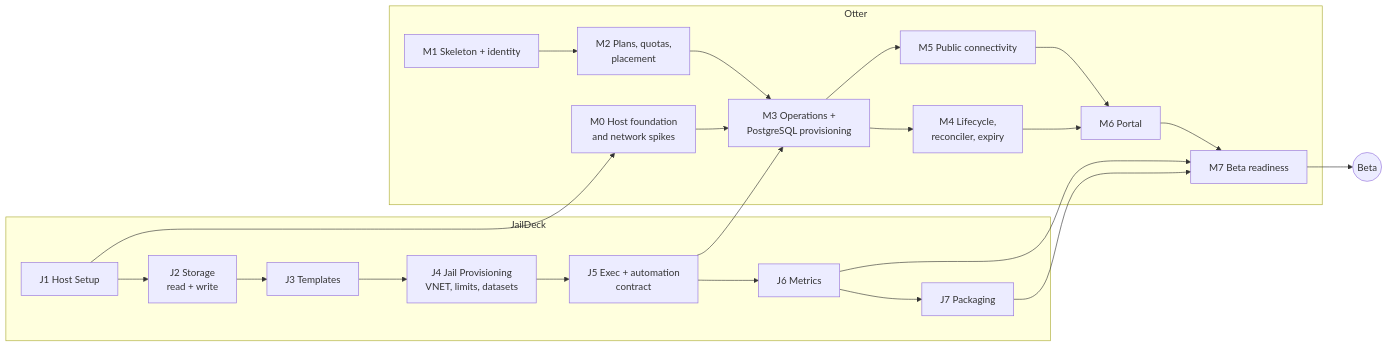
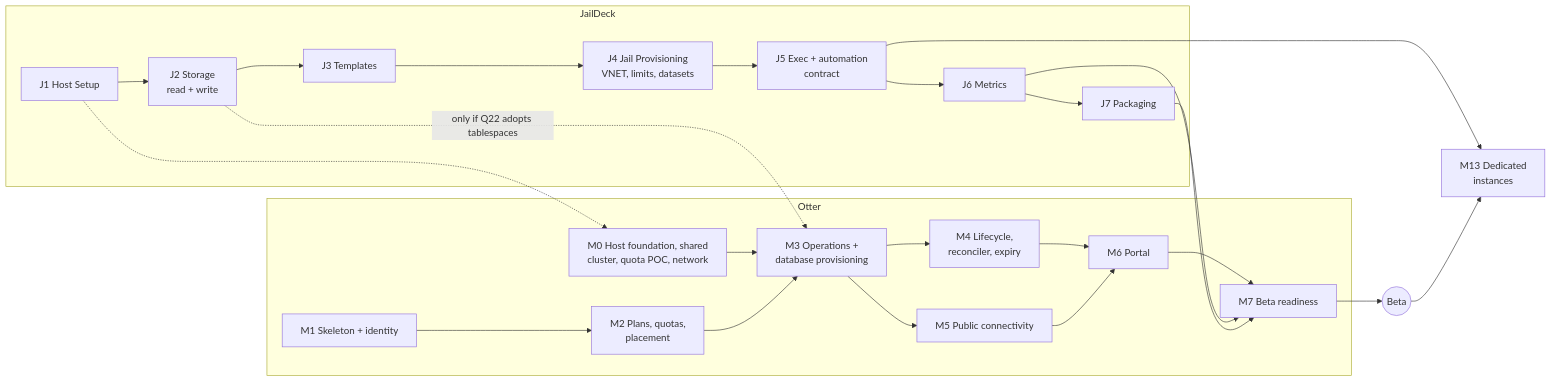
Before and after one commit to ottermq/otter_cloud: the diagram in docs/roadmap.md, drawn with Mermaid. The commit also changed other lines of this file and 8 other files, not shown here.

First line of the commit message:
docs: switch to shared PostgreSQL clusters

````diff
--- a/docs/roadmap.md
+++ b/docs/roadmap.md
@@ -14,26 +19,28 @@
 ```mermaid
 flowchart LR
     subgraph JailDeck
         J1[J1 Host Setup] --> J2[J2 Storage<br/>read + write]
         J2 --> J3[J3 Templates]
         J3 --> J4[J4 Jail Provisioning<br/>VNET, limits, datasets]
         J4 --> J5[J5 Exec + automation<br/>contract]
         J5 --> J6[J6 Metrics]
         J6 --> J7[J7 Packaging]
     end
     subgraph Otter
-        M0[M0 Host foundation<br/>and network spikes] --> M3
+        M0[M0 Host foundation, shared<br/>cluster, quota POC, network] --> M3
         M1[M1 Skeleton + identity] --> M2[M2 Plans, quotas,<br/>placement]
-        M2 --> M3[M3 Operations +<br/>PostgreSQL provisioning]
+        M2 --> M3[M3 Operations +<br/>database provisioning]
         M3 --> M4[M4 Lifecycle,<br/>reconciler, expiry]
         M3 --> M5[M5 Public connectivity]
         M4 --> M6[M6 Portal]
         M5 --> M6
         M6 --> M7[M7 Beta readiness]
     end
-    J1 --> M0
-    J5 --> M3
+    J1 -.-> M0
+    J2 -.->|only if Q22 adopts tablespaces| M3
     J6 --> M7
     J7 --> M7
     M7 --> BETA((Beta))
+    J5 --> M13[M13 Dedicated<br/>instances]
+    BETA --> M13
 ```
````
